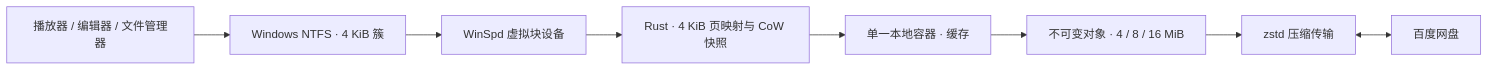
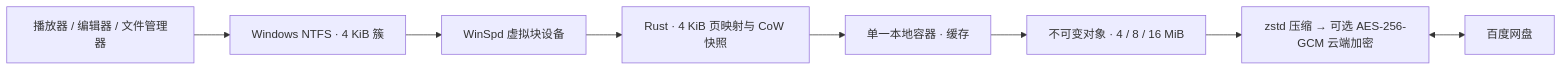
Before and after one commit to sydxsty/NetDiskDrive: the diagram in README.md, drawn with Mermaid. The commit also changed other lines of this file and 84 other files, not shown here.

````diff
--- a/README.md
+++ b/README.md
@@ -74,10 +76,10 @@
 ```mermaid
 flowchart LR
     A[播放器 / 编辑器 / 文件管理器] --> B[Windows NTFS · 4 KiB 簇]
     B --> C[WinSpd 虚拟块设备]
     C --> D[Rust · 4 KiB 页映射与 CoW 快照]
     D --> E[单一本地容器 · 缓存]
     E --> F[不可变对象 · 4 / 8 / 16 MiB]
-    F --> G[zstd 压缩传输]
+    F --> G[zstd 压缩 → 可选 AES-256-GCM 云端加密]
     G <--> H[百度网盘]
 ```
````
